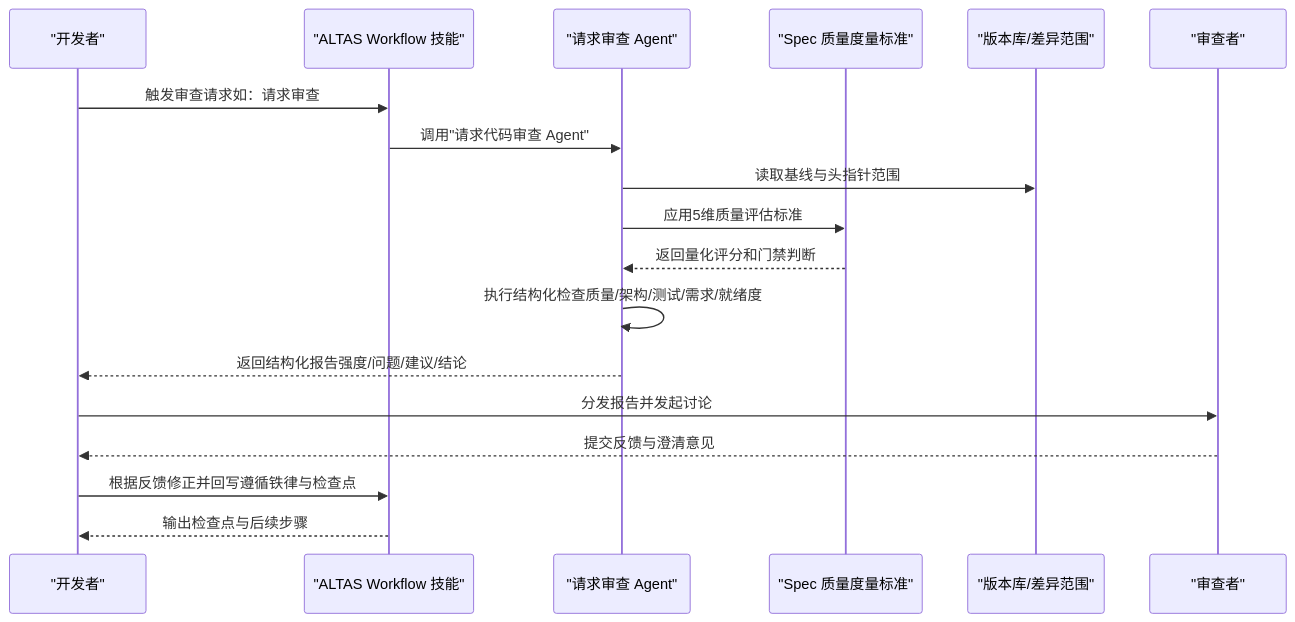
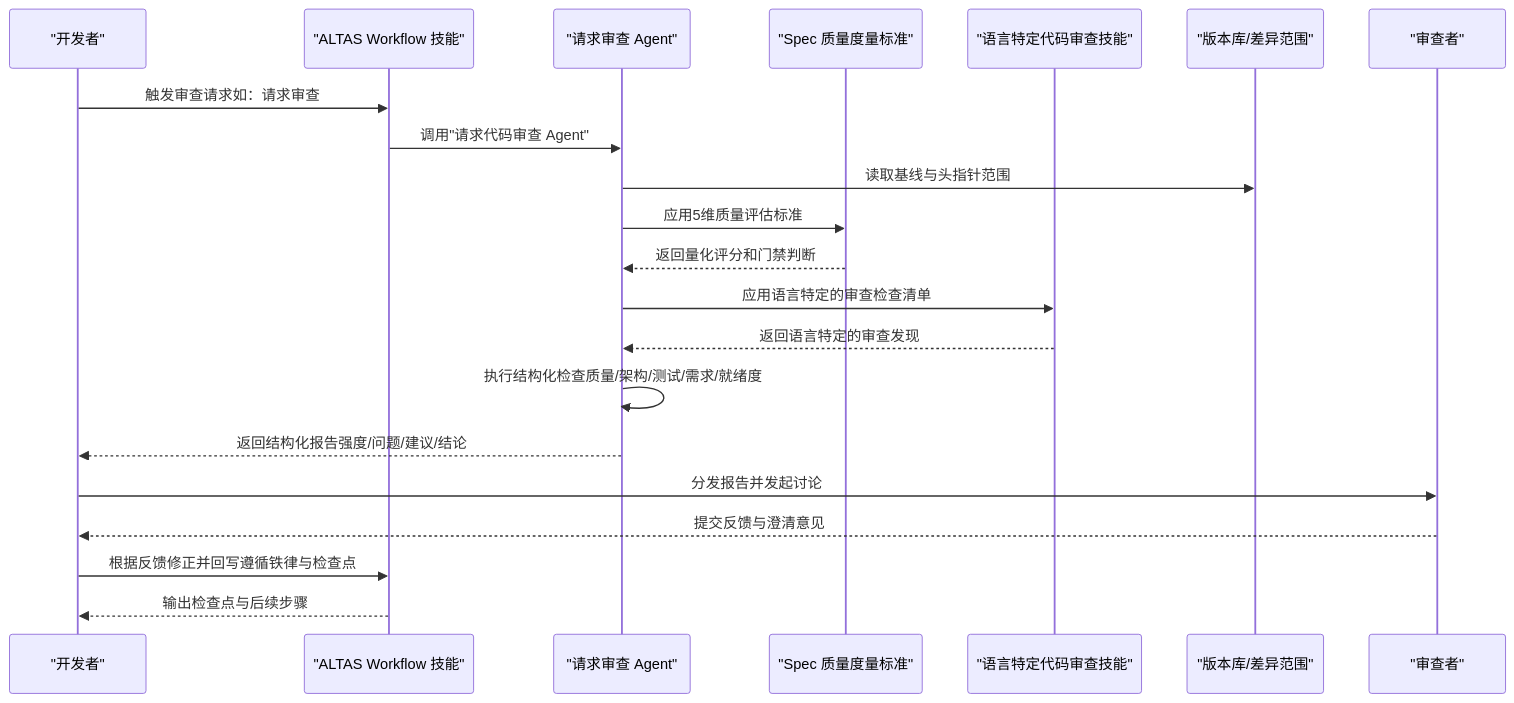
Before and after one commit to AngelWings1997/altas: the second of 10 diagrams in .qoder/repowiki/zh/content/超级能力模块/代码审查流程/代码审查流程.md, drawn with Mermaid. The commit also changed other lines of this file and 10 other files, not shown here.

````diff
--- a/.qoder/repowiki/zh/content/超级能力模块/代码审查流程/代码审查流程.md
+++ b/.qoder/repowiki/zh/content/超级能力模块/代码审查流程/代码审查流程.md
@@ -125,20 +153,23 @@
 ```mermaid
 sequenceDiagram
 participant Dev as "开发者"
 participant WF as "ALTAS Workflow 技能"
 participant Rev as "请求审查 Agent"
 participant SpecMetrics as "Spec 质量度量标准"
+participant LangSkills as "语言特定代码审查技能"
 participant Repo as "版本库/差异范围"
 participant Reviewer as "审查者"
 Dev->>WF : 触发审查请求如：请求审查
 WF->>Rev : 调用"请求代码审查 Agent"
 Rev->>Repo : 读取基线与头指针范围
 Rev->>SpecMetrics : 应用5维质量评估标准
 SpecMetrics-->>Rev : 返回量化评分和门禁判断
+Rev->>LangSkills : 应用语言特定的审查检查清单
+LangSkills-->>Rev : 返回语言特定的审查发现
 Rev->>Rev : 执行结构化检查质量/架构/测试/需求/就绪度
 Rev-->>Dev : 返回结构化报告强度/问题/建议/结论
 Dev->>Reviewer : 分发报告并发起讨论
 Reviewer-->>Dev : 提交反馈与澄清意见
 Dev->>WF : 根据反馈修正并回写遵循铁律与检查点
 WF-->>Dev : 输出检查点与后续步骤
 ```
````
